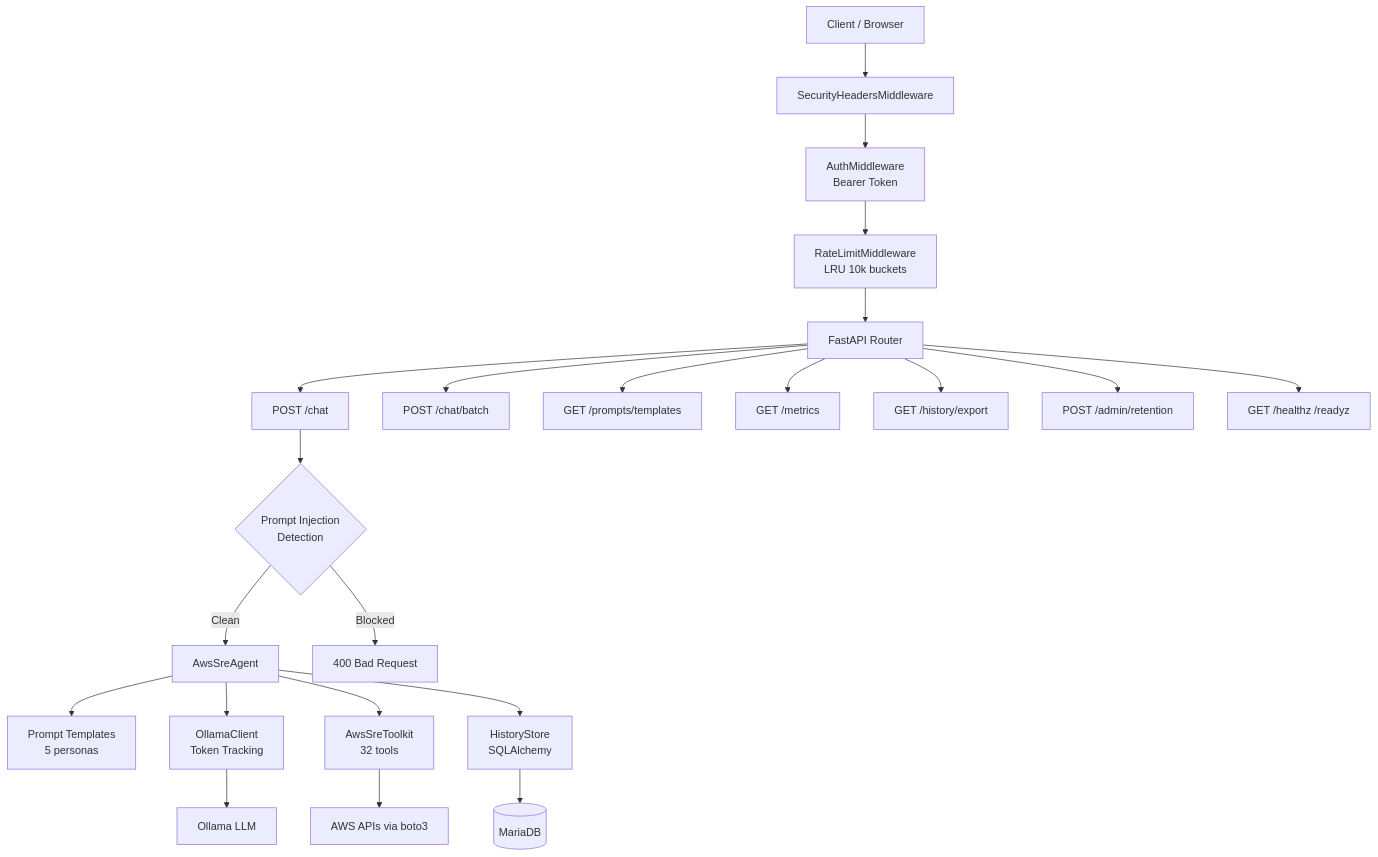
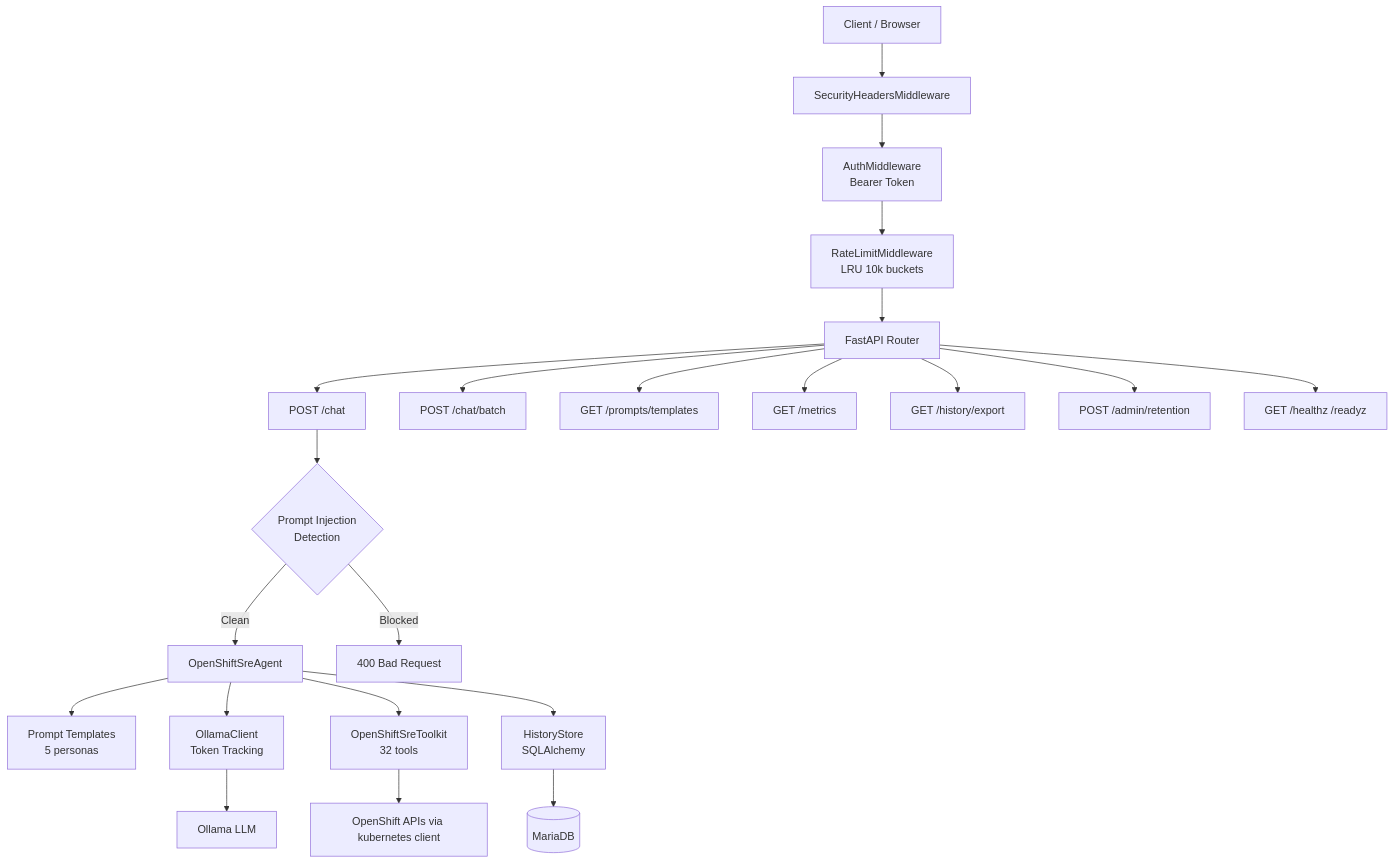
Before and after one commit to munirathinam786/openshift: the first of 4 diagrams in openshift-sre/docs/architecture-v030.md, drawn with Mermaid. The commit also changed other lines of this file and 61 other files, not shown here.

First line of the commit message:
refactor(openshift-sre): rename aws_sre_agent to openshift_sre_agent

````diff
--- a/openshift-sre/docs/architecture-v030.md
+++ b/openshift-sre/docs/architecture-v030.md
@@ -5,29 +5,29 @@
 ```mermaid
 graph TD
     Client[Client / Browser] --> SH[SecurityHeadersMiddleware]
     SH --> Auth[AuthMiddleware<br/>Bearer Token]
     Auth --> RL[RateLimitMiddleware<br/>LRU 10k buckets]
     RL --> API[FastAPI Router]
     
     API --> Chat[POST /chat]
     API --> Batch[POST /chat/batch]
     API --> Templates[GET /prompts/templates]
     API --> Metrics[GET /metrics]
     API --> Export[GET /history/export]
     API --> Retention[POST /admin/retention]
     API --> Health[GET /healthz /readyz]
     
     Chat --> PIDetect{Prompt Injection<br/>Detection}
-    PIDetect -->|Clean| Agent[AwsSreAgent]
+    PIDetect -->|Clean| Agent[OpenShiftSreAgent]
     PIDetect -->|Blocked| Reject[400 Bad Request]
     
     Agent --> Prompts[Prompt Templates<br/>5 personas]
     Agent --> ModelClient[OllamaClient<br/>Token Tracking]
-    Agent --> Toolkit[AwsSreToolkit<br/>32 tools]
+    Agent --> Toolkit[OpenShiftSreToolkit<br/>32 tools]
     
     ModelClient --> Ollama[Ollama LLM]
-    Toolkit --> AWS[AWS APIs via boto3]
+    Toolkit --> OCP[OpenShift APIs via kubernetes client]
     
     Agent --> Persist[HistoryStore<br/>SQLAlchemy]
     Persist --> DB[(MariaDB)]
 ```
````
